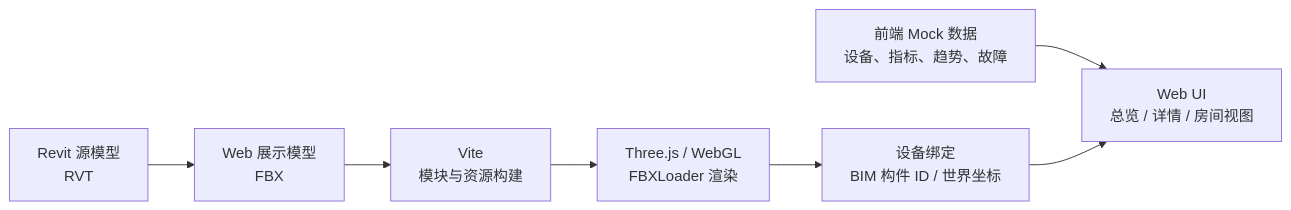
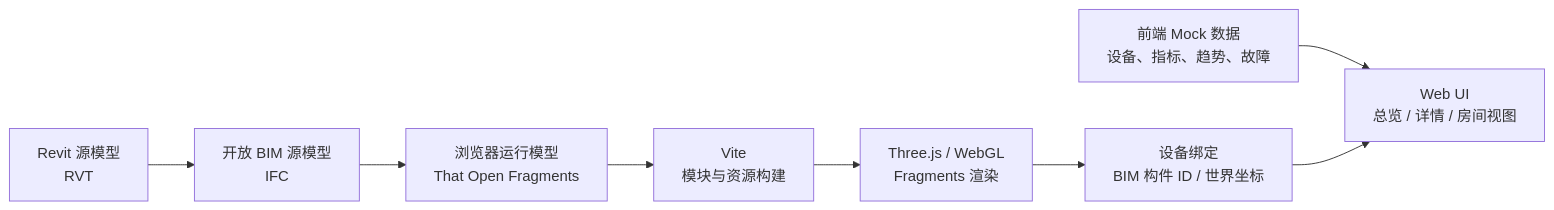
One commit to LYUml/ZB202_DT changed the first of 2 diagrams in README.md. Above: the diagram before and after it, drawn with Mermaid. The commit also changed other lines of this file and 19 other files, not shown here.

Commit message:
fbx -> ifc

````diff
--- a/README.md
+++ b/README.md
@@ -13,9 +13,10 @@
 ```mermaid
 flowchart LR
-  RVT["Revit 源模型<br/>RVT"] --> FBX["Web 展示模型<br/>FBX"]
-  FBX --> VITE["Vite<br/>模块与资源构建"]
-  VITE --> THREE["Three.js / WebGL<br/>FBXLoader 渲染"]
+  RVT["Revit 源模型<br/>RVT"] --> IFC["开放 BIM 源模型<br/>IFC"]
+  IFC --> FRAG["浏览器运行模型<br/>That Open Fragments"]
+  FRAG --> VITE["Vite<br/>模块与资源构建"]
+  VITE --> THREE["Three.js / WebGL<br/>Fragments 渲染"]
   MOCK["前端 Mock 数据<br/>设备、指标、趋势、故障"] --> UI["Web UI<br/>总览 / 详情 / 房间视图"]
   THREE --> BIND["设备绑定<br/>BIM 构件 ID / 世界坐标"]
   BIND --> UI
 ```
````
